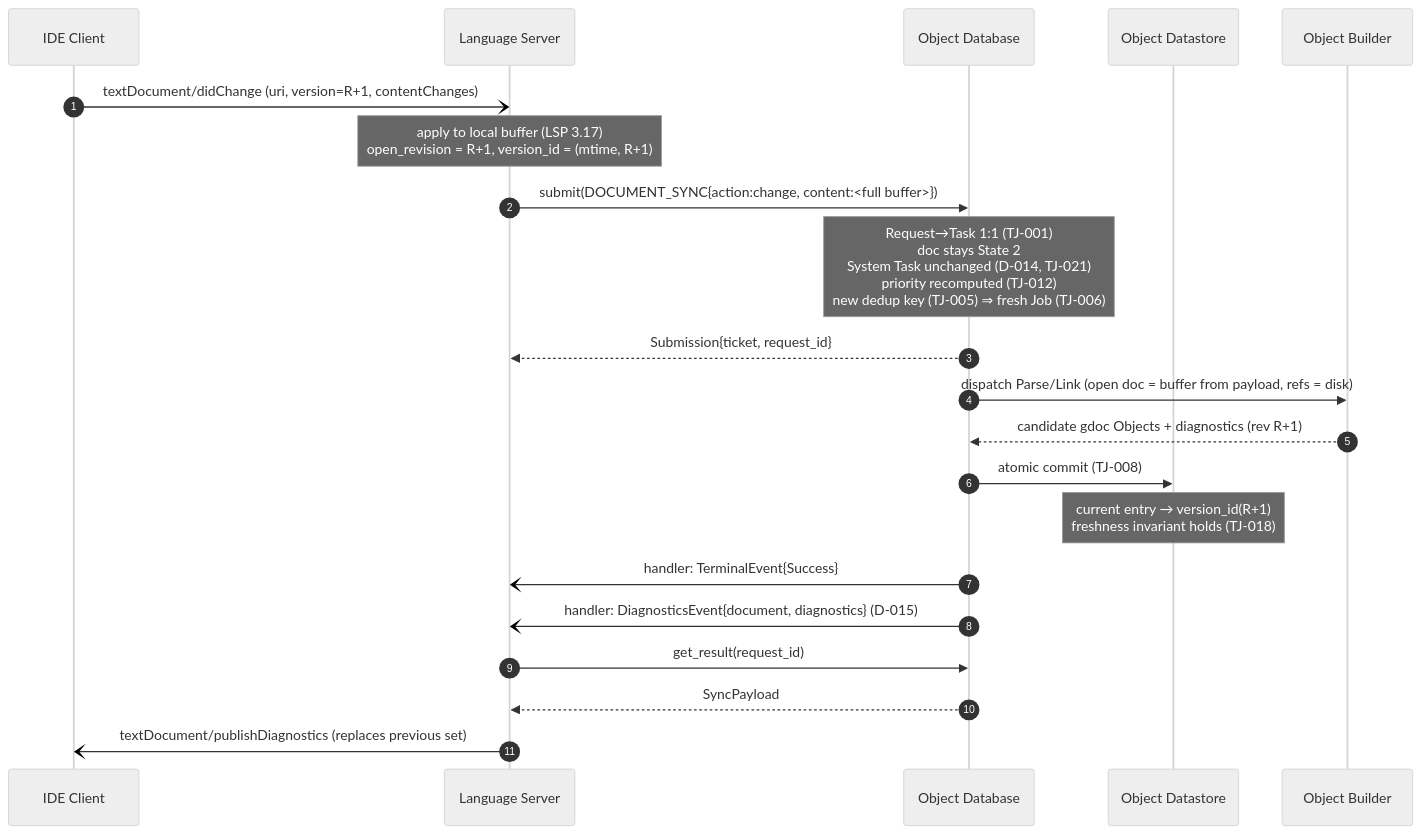
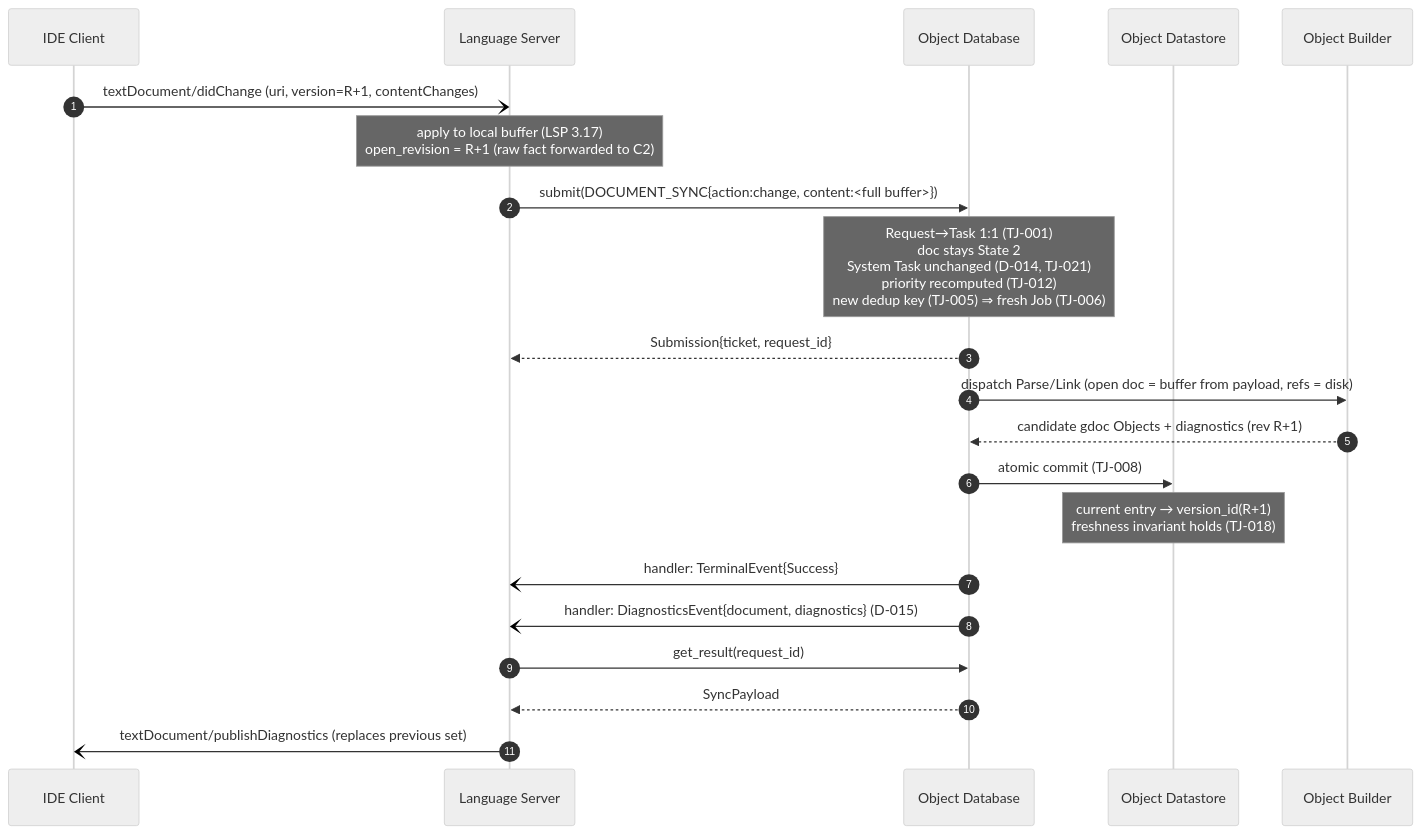
Before and after one commit to tyskdm/gdoc: the diagram in docs/architecture/gdocServer/usecases/UC-003_EditText.md, drawn with Mermaid (neutral theme). The commit also changed other lines of this file and 5 other files, not shown here.

First line of the commit message:
docs: version_id owned & composed by C2 (Cut A) - C1 forwards raw sync facts

````diff
--- a/docs/architecture/gdocServer/usecases/UC-003_EditText.md
+++ b/docs/architecture/gdocServer/usecases/UC-003_EditText.md
@@ -189,24 +189,24 @@
 ```mermaid
 sequenceDiagram
     autonumber
     participant IDE as IDE Client
     participant C1 as Language Server
     participant C2 as Object Database
     participant C3 as Object Datastore
     participant C4 as Object Builder
 
     IDE-)C1: textDocument/didChange (uri, version=R+1, contentChanges)
-    Note over C1: apply to local buffer (LSP 3.17)<br>open_revision = R+1, version_id = (mtime, R+1)
+    Note over C1: apply to local buffer (LSP 3.17)<br>open_revision = R+1 (raw fact forwarded to C2)
     C1->>C2: submit(DOCUMENT_SYNC{action:change, content:<full buffer>})
     Note over C2: Request→Task 1:1 (TJ-001)<br>doc stays State 2<br>System Task unchanged (D-014, TJ-021)<br>priority recomputed (TJ-012)<br>new dedup key (TJ-005) ⇒ fresh Job (TJ-006)
     C2-->>C1: Submission{ticket, request_id}
     C2->>C4: dispatch Parse/Link (open doc = buffer from payload, refs = disk)
     C4-->>C2: candidate gdoc Objects + diagnostics (rev R+1)
     C2->>C3: atomic commit (TJ-008)
     Note over C3: current entry → version_id(R+1)<br>freshness invariant holds (TJ-018)
     C2-)C1: handler: TerminalEvent{Success}
     C2-)C1: handler: DiagnosticsEvent{document, diagnostics} (D-015)
     C1->>C2: get_result(request_id)
     C2-->>C1: SyncPayload
     C1-)IDE: textDocument/publishDiagnostics (replaces previous set)
 ```
````
